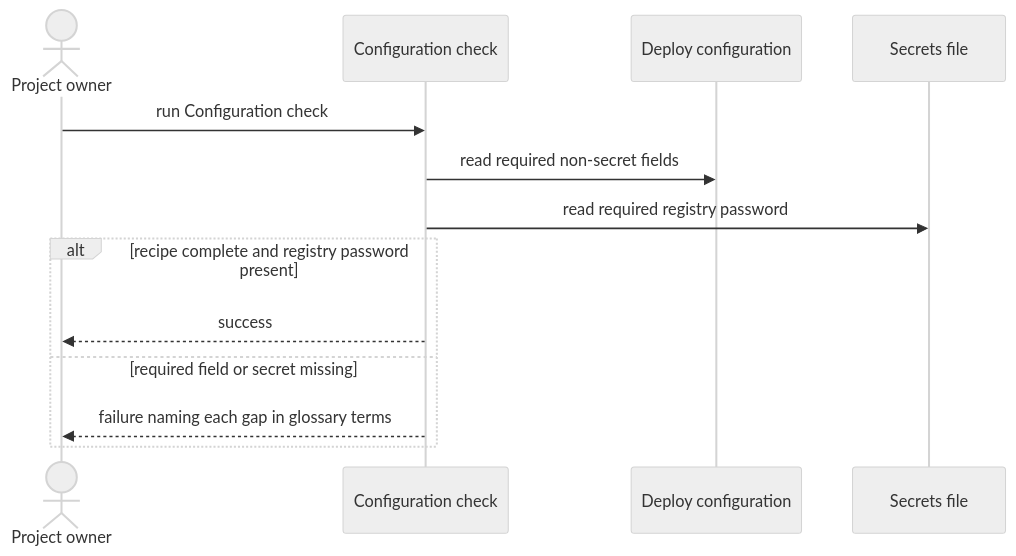
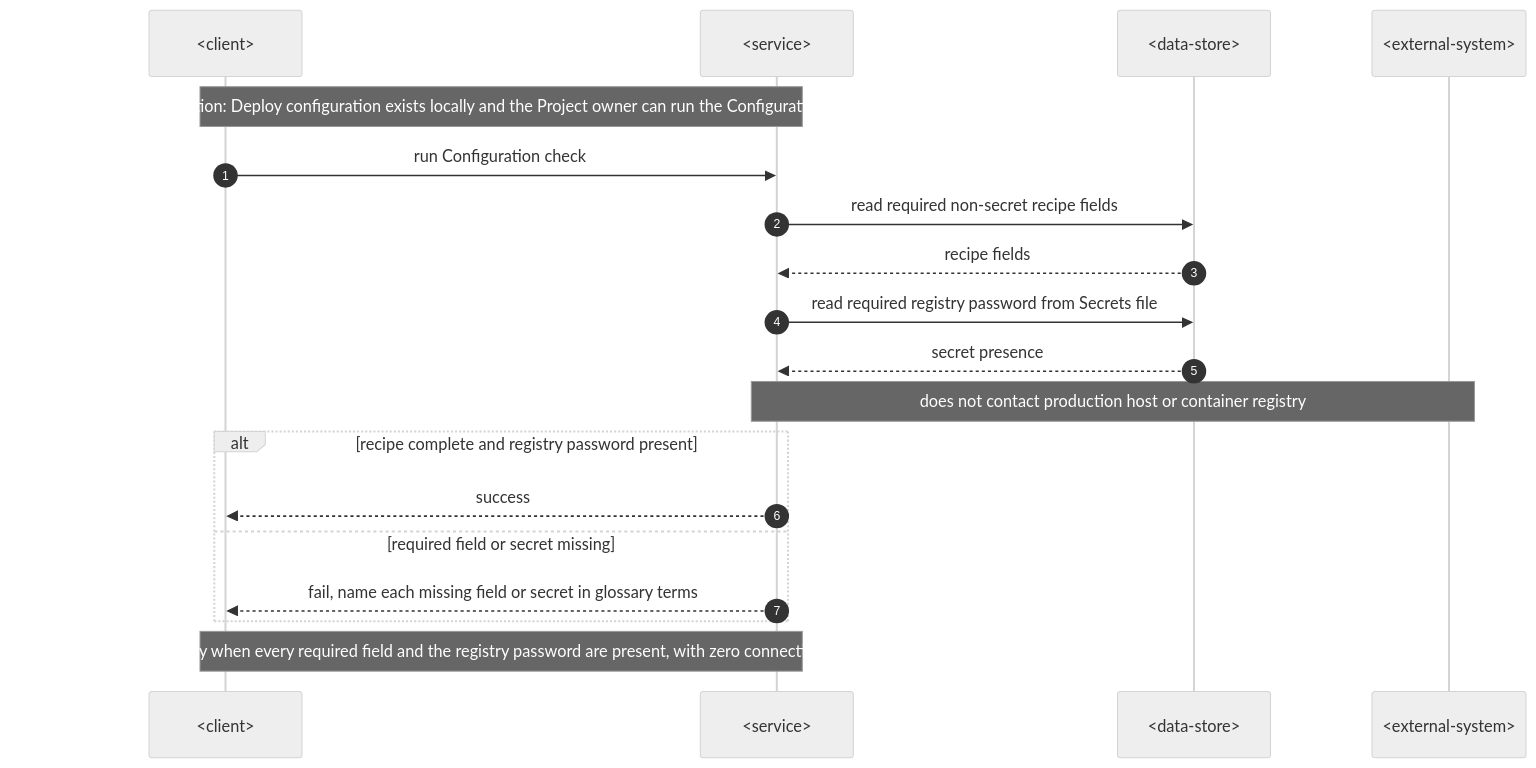
One commit to shved270189/image_compressor changed the fourth of 5 diagrams in docs/features/kamal-deploy/sad.md. Above: the diagram before and after it, drawn with Mermaid (neutral theme). The commit also changed other lines of this file and 23 other files, not shown here.

Commit message:
docs: ship kamal-deploy changelog and roadmap

````diff
--- a/docs/features/kamal-deploy/sad.md
+++ b/docs/features/kamal-deploy/sad.md
@@ -146,15 +182,22 @@
 ```mermaid
 sequenceDiagram
-    actor ProjectOwner as Project owner
-    participant Check as Configuration check
-    participant Recipe as Deploy configuration
-    participant Secrets as Secrets file
-    ProjectOwner->>Check: run Configuration check
-    Check->>Recipe: read required non-secret fields
-    Check->>Secrets: read required registry password
+    autonumber
+    participant C as <client>
+    participant S as <service>
+    participant D as <data-store>
+    participant X as <external-system>
+
+    Note over C,S: Precondition: Deploy configuration exists locally and the Project owner can run the Configuration check
+    C->>S: run Configuration check
+    S->>D: read required non-secret recipe fields
+    D-->>S: recipe fields
+    S->>D: read required registry password from Secrets file
+    D-->>S: secret presence
+    Note over S,X: does not contact production host or container registry
     alt recipe complete and registry password present
-        Check-->>ProjectOwner: success
+        S-->>C: success
     else required field or secret missing
-        Check-->>ProjectOwner: failure naming each gap in glossary terms
+        S-->>C: fail, name each missing field or secret in glossary terms
     end
+    Note over C,S: Postcondition: success only when every required field and the registry password are present, with zero connections to the host or registry
 ```
````
